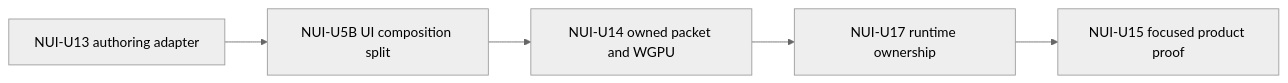
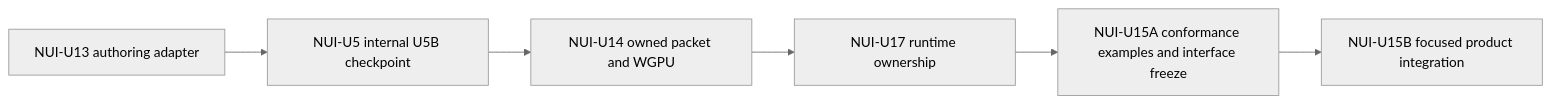
One commit to Latias94/nara changed the diagram in docs/architecture/reference-game-ui-product-slice.md. Above: the diagram before and after it, drawn with Mermaid (neutral theme). The commit also changed other lines of this file and 6 other files, not shown here.

First line of the commit message:
docs(ui): make conformance examples the U15 entry gate

````diff
--- a/docs/architecture/reference-game-ui-product-slice.md
+++ b/docs/architecture/reference-game-ui-product-slice.md
@@ -133,9 +135,10 @@
 ```mermaid
 flowchart LR
   U13[NUI-U13 authoring adapter]
-  U5B[NUI-U5B UI composition split]
+  U5B[NUI-U5 internal U5B checkpoint]
   U14[NUI-U14 owned packet and WGPU]
   U17[NUI-U17 runtime ownership]
-  U15[NUI-U15 focused product proof]
-  U13 --> U5B --> U14 --> U17 --> U15
+  U15A[NUI-U15A conformance examples and interface freeze]
+  U15B[NUI-U15B focused product integration]
+  U13 --> U5B --> U14 --> U17 --> U15A --> U15B
 ```
````
